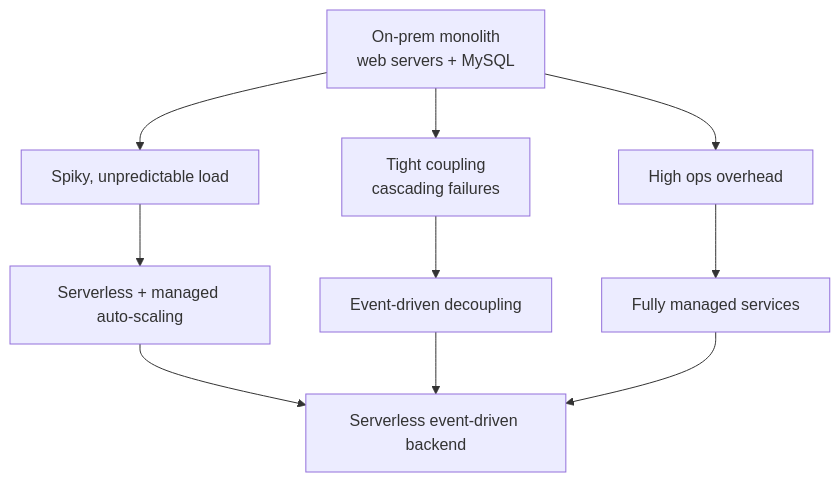
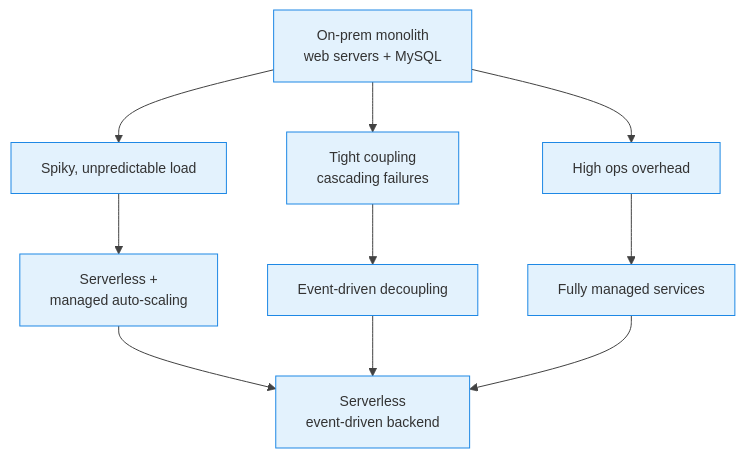
Before and after one commit to senthilkumarm1901/learn_by_blogging: the third of 24 diagrams in aws_cloud_technical_essentials_book/10-architecting-serverless-backend-solution-in-aws.qmd, drawn with Mermaid. The commit also changed other lines of this file and 3 other files, not shown here.

Commit message:
updated diagrams, business cases used

````diff
--- a/aws_cloud_technical_essentials_book/10-architecting-serverless-backend-solution-in-aws.qmd
+++ b/aws_cloud_technical_essentials_book/10-architecting-serverless-backend-solution-in-aws.qmd
@@ -85,12 +109,13 @@
 ```{mermaid}
+%%{init: {'theme': 'base', 'themeVariables': {'primaryColor': '#E3F2FD', 'primaryBorderColor': '#1E88E5', 'lineColor': '#424242', 'fontSize': '14px'}}}%%
 flowchart TD
     M["On-prem monolith<br>web servers + MySQL"] --> P1["Spiky, unpredictable load"]
     M --> P2["Tight coupling<br>cascading failures"]
     M --> P3["High ops overhead"]
-    P1 --> S1["Serverless + managed auto-scaling"]
+    P1 --> S1["Serverless +<br>managed auto-scaling"]
     P2 --> S2["Event-driven decoupling"]
     P3 --> S3["Fully managed services"]
-    S1 --> ARCH["Serverless event-driven backend"]
+    S1 --> ARCH["Serverless<br>event-driven backend"]
     S2 --> ARCH
     S3 --> ARCH
 ```
````
